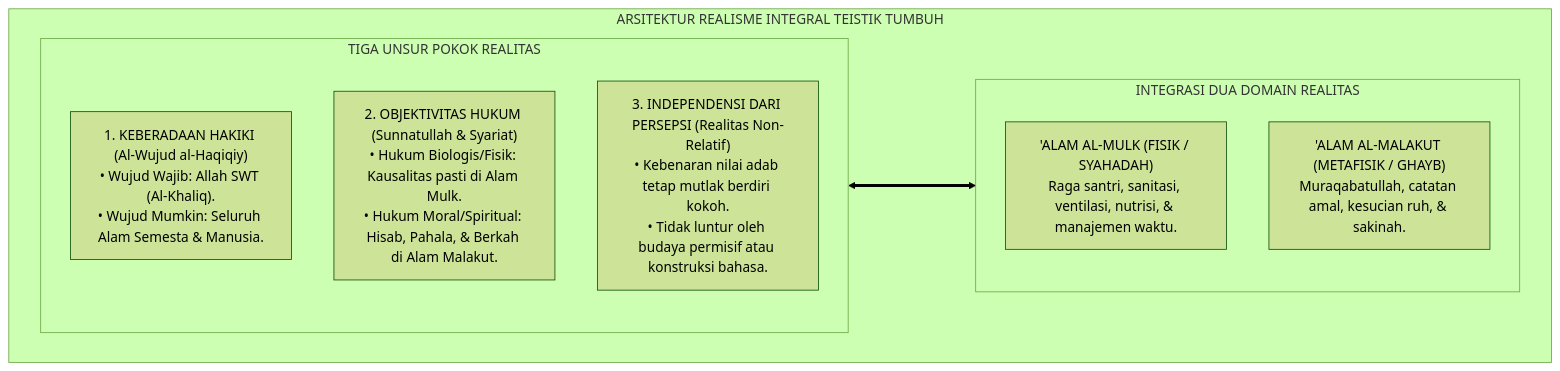
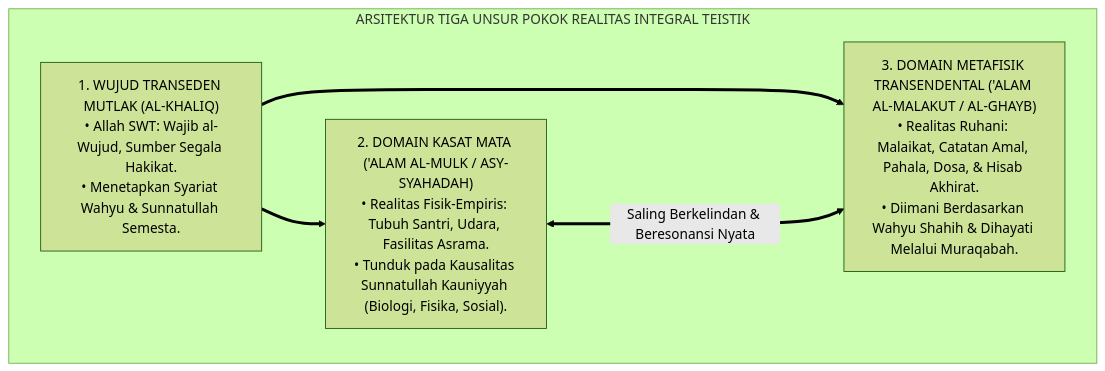
One commit to wandiapriliyandi/tumbuh changed the fifth of 7 diagrams in 01 Philosophy/01 Worldview/01 Hakikat Realitas/P1-01-01-01-Definisi-Realitas.md. Above: the diagram before and after it, drawn with Mermaid (forest theme). The commit also changed other lines of this file and 8 other files, not shown here.

````diff
--- a/01 Philosophy/01 Worldview/01 Hakikat Realitas/P1-01-01-01-Definisi-Realitas.md
+++ b/01 Philosophy/01 Worldview/01 Hakikat Realitas/P1-01-01-01-Definisi-Realitas.md
@@ -181,18 +162,15 @@
 ```mermaid
 flowchart TD
-    subgraph ArsitekturRealismeIntegralTUMBUH["ARSITEKTUR REALISME INTEGRAL TEISTIK TUMBUH"]
+    subgraph ArsitekturRealismeTUMBUH["ARSITEKTUR TIGA UNSUR POKOK REALITAS INTEGRAL TEISTIK"]
         
-        subgraph TigaUnsurRealitas["TIGA UNSUR POKOK REALITAS"]
-            U1["1. KEBERADAAN HAKIKI (Al-Wujud al-Haqiqiy)<br/>• Wujud Wajib: Allah SWT (Al-Khaliq).<br/>• Wujud Mumkin: Seluruh Alam Semesta & Manusia."]
-            U2["2. OBJEKTIVITAS HUKUM (Sunnatullah & Syariat)<br/>• Hukum Biologis/Fisik: Kausalitas pasti di Alam Mulk.<br/>• Hukum Moral/Spiritual: Hisab, Pahala, & Berkah di Alam Malakut."]
-            U3["3. INDEPENDENSI DARI PERSEPSI (Realitas Non-Relatif)<br/>• Kebenaran nilai adab tetap mutlak berdiri kokoh.<br/>• Tidak luntur oleh budaya permisif atau konstruksi bahasa."]
-        end
+        U1["1. WUJUD TRANSEDEN MUTLAK (AL-KHALIQ)<br/>• Allah SWT: Wajib al-Wujud, Sumber Segala Hakikat.<br/>• Menetapkan Syariat Wahyu & Sunnatullah Semesta."]
         
-        subgraph IntegrasiDuaAlam["INTEGRASI DUA DOMAIN REALITAS"]
-            D1["'ALAM AL-MULK (FISIK / SYAHADAH)<br/>Raga santri, sanitasi, ventilasi, nutrisi, & manajemen waktu."]
-            D2["'ALAM AL-MALAKUT (METAFISIK / GHAYB)<br/>Muraqabatullah, catatan amal, kesucian ruh, & sakinah."]
-        end
+        U2["2. DOMAIN KASAT MATA ('ALAM AL-MULK / ASY-SYAHADAH)<br/>• Realitas Fisik-Empiris: Tubuh Santri, Udara, Fasilitas Asrama.<br/>• Tunduk pada Kausalitas Sunnatullah Kauniyyah (Biologi, Fisika, Sosial)."]
         
-        TigaUnsurRealitas <===> IntegrasiDuaAlam
+        U3["3. DOMAIN METAFISIK TRANSENDENTAL ('ALAM AL-MALAKUT / AL-GHAYB)<br/>• Realitas Ruhani: Malaikat, Catatan Amal, Pahala, Dosa, & Hisab Akhirat.<br/>• Diimani Berdasarkan Wahyu Shahih & Dihayati Melalui Muraqabah."]
+        
+        U1 ==> U2
+        U1 ==> U3
+        U2 <===>|Saling Berkelindan & Beresonansi Nyata| U3
     end
 ```
````
